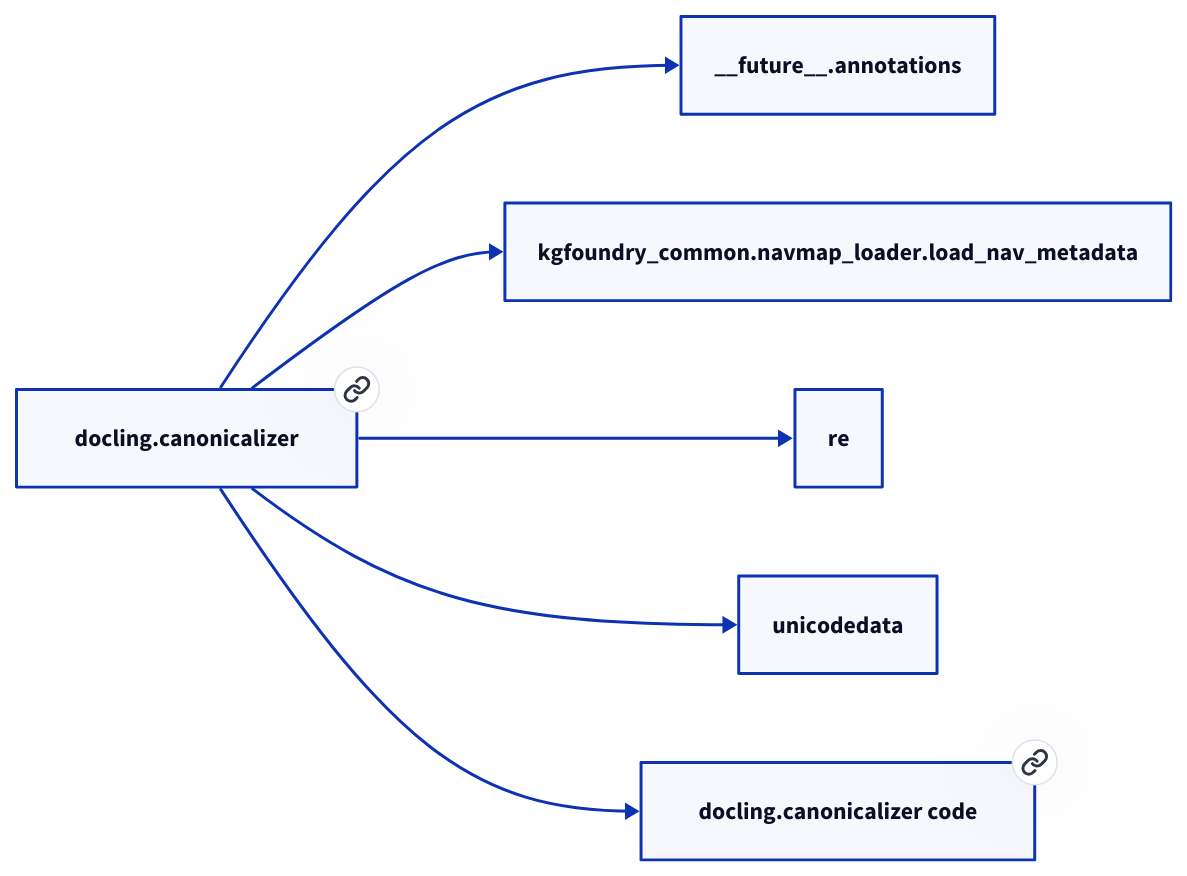
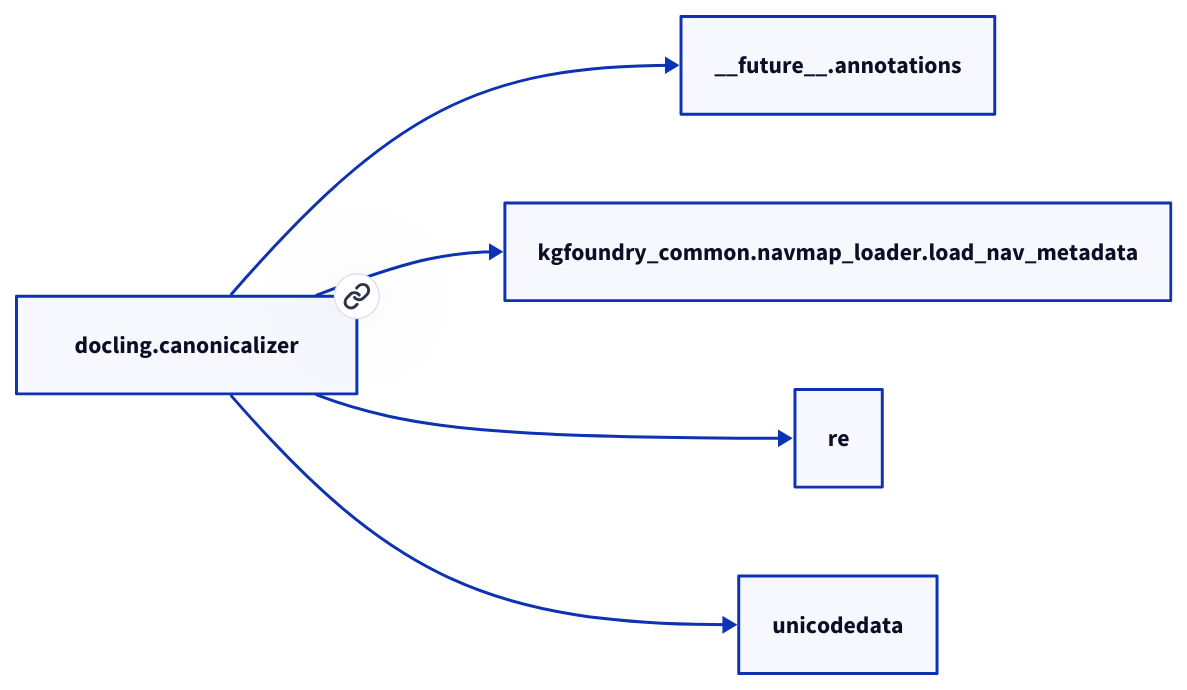
The diagram in docs/modules/docling/canonicalizer.md (paul-heyse/kgforge), drawn with D2 before and after one commit. The commit also changed other lines of this file and 118 other files, not shown here.

````diff
--- a/docs/modules/docling/canonicalizer.md
+++ b/docs/modules/docling/canonicalizer.md
@@ -27,14 +25,12 @@
 ```d2
 direction: right
-"docling.canonicalizer": "docling.canonicalizer" { link: "./docling/canonicalizer.md" }
+"docling.canonicalizer": "docling.canonicalizer" { link: "canonicalizer.md" }
 "__future__.annotations": "__future__.annotations"
 "docling.canonicalizer" -> "__future__.annotations"
 "kgfoundry_common.navmap_loader.load_nav_metadata": "kgfoundry_common.navmap_loader.load_nav_metadata"
 "docling.canonicalizer" -> "kgfoundry_common.navmap_loader.load_nav_metadata"
 "re": "re"
 "docling.canonicalizer" -> "re"
 "unicodedata": "unicodedata"
 "docling.canonicalizer" -> "unicodedata"
-"docling.canonicalizer_code": "docling.canonicalizer code" { link: "https://github.com/kgfoundry/kgfoundry/blob/main/src/docling/canonicalizer.py" }
-"docling.canonicalizer" -> "docling.canonicalizer_code" { style: dashed }
 ```
````
